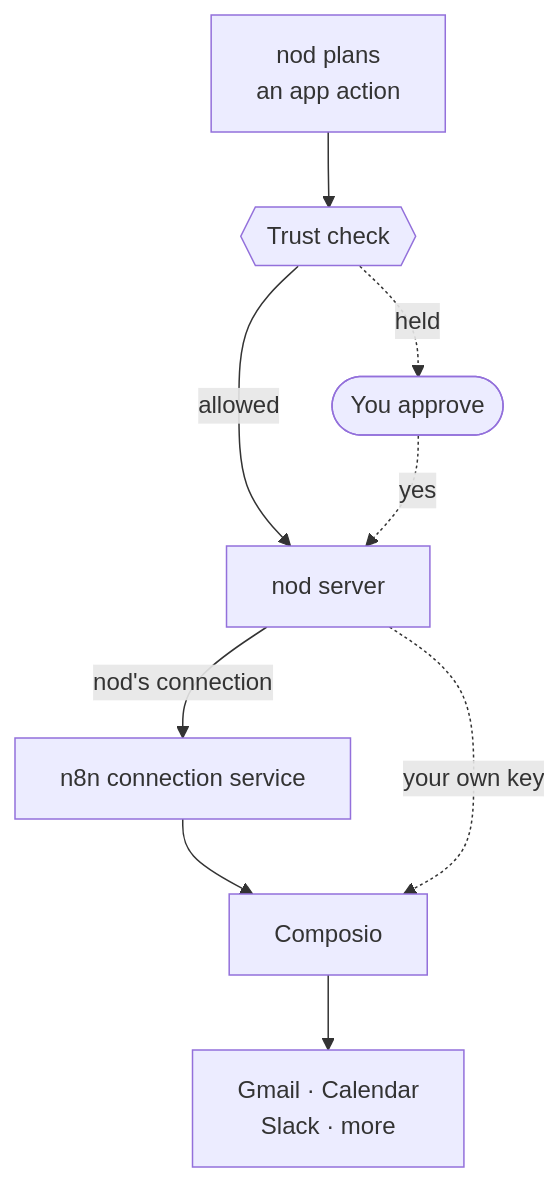
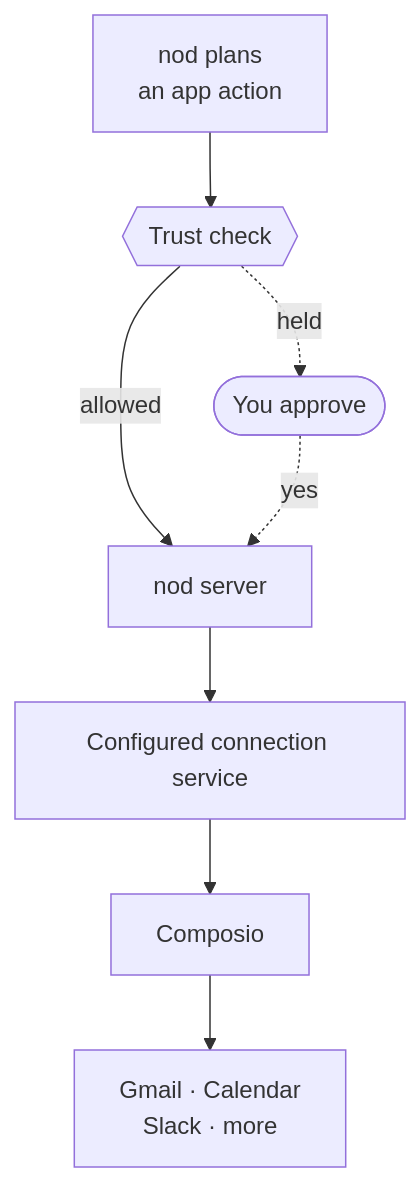
One commit to KrishBhimani/nod changed the diagram in docs/src/content/docs/connect/apps.mdx. Above: the diagram before and after it, drawn with Mermaid. The commit also changed other lines of this file and 68 other files, not shown here.

````diff
--- a/docs/src/content/docs/connect/apps.mdx
+++ b/docs/src/content/docs/connect/apps.mdx
@@ -20,11 +16,10 @@
 ```mermaid
 flowchart TD
   nod[nod plans<br/>an app action] --> trust{{Trust check}}:::accent
   trust -- allowed --> server[nod server]
   trust -. held .-> you([You approve]):::accent
   you -. yes .-> server
-  server -- nod's connection --> connection[n8n connection service]
+  server --> connection[Configured connection service]
   connection --> composio[Composio]
-  server -. your own key .-> composio
   composio --> apps[Gmail · Calendar<br/>Slack · more]
 ```
````
